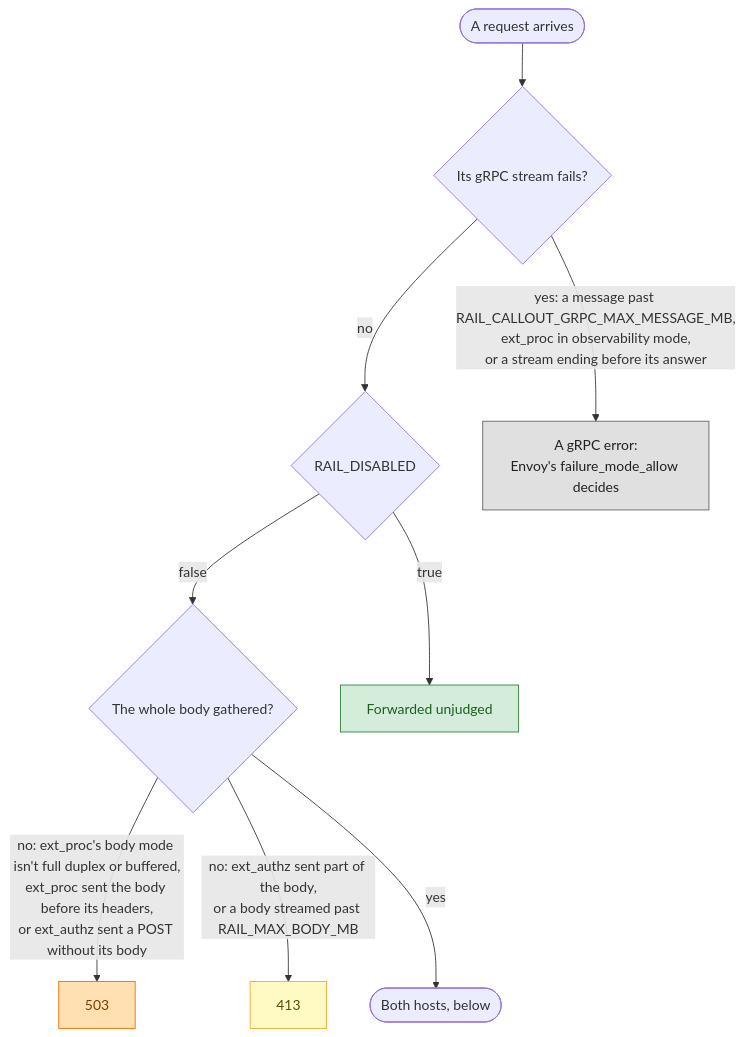
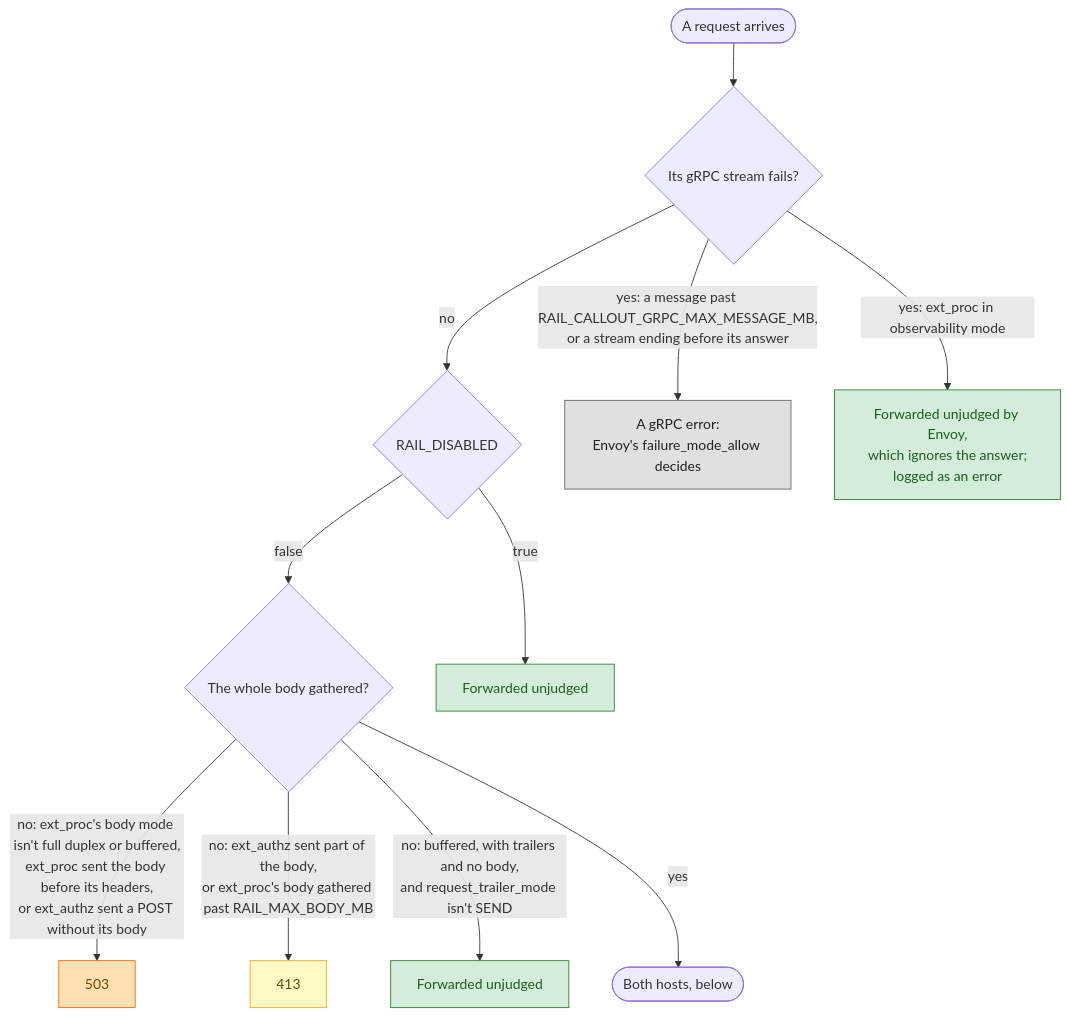
The first of 4 diagrams in GATEWAY.md (datrail/railguard), drawn with Mermaid before and after one commit. The commit also changed other lines of this file, not shown here.

Commit message:
DR-285: GATEWAY.md's review: Envoy's two unjudged paths, the observe fallbacks, and the slot wait

````diff
--- a/GATEWAY.md
+++ b/GATEWAY.md
@@ -12,27 +12,31 @@
 ```mermaid
 flowchart TD
   arrive([A request arrives])
   grpc{"Its gRPC stream fails?"}
   disabled{RAIL_DISABLED}
   whole{"The whole body gathered?"}
   both([Both hosts, below])
   e1["A gRPC error:<br>Envoy's failure_mode_allow decides"]:::grpcError
+  e2["Forwarded unjudged by Envoy,<br>which ignores the answer;<br>logged as an error"]:::forwarded
   f1[Forwarded unjudged]:::forwarded
+  f2[Forwarded unjudged]:::forwarded
   r1[503]:::cannotApply
   r2[413]:::tooLarge
 
   arrive --> grpc
-  grpc -->|"yes: a message past RAIL_CALLOUT_GRPC_MAX_MESSAGE_MB,<br>ext_proc in observability mode,<br>or a stream ending before its answer"| e1
+  grpc -->|"yes: a message past RAIL_CALLOUT_GRPC_MAX_MESSAGE_MB,<br>or a stream ending before its answer"| e1
+  grpc -->|"yes: ext_proc in observability mode"| e2
   grpc -->|no| disabled
   disabled -->|true| f1
   disabled -->|false| whole
   whole -->|"no: ext_proc's body mode isn't full duplex or buffered,<br>ext_proc sent the body before its headers,<br>or ext_authz sent a POST without its body"| r1
-  whole -->|"no: ext_authz sent part of the body,<br>or a body streamed past RAIL_MAX_BODY_MB"| r2
+  whole -->|"no: ext_authz sent part of the body,<br>or ext_proc's body gathered past RAIL_MAX_BODY_MB"| r2
+  whole -->|"no: buffered, with trailers and no body,<br>and request_trailer_mode isn't SEND"| f2
   whole -->|yes| both
 
   classDef forwarded fill:#d4edda,stroke:#2e7d32,color:#1b5e20
   classDef denied fill:#f8d7da,stroke:#c62828,color:#7f0000
   classDef cannotApply fill:#ffe0b2,stroke:#ef6c00,color:#7a3e00
   classDef tooLarge fill:#fff9c4,stroke:#f9a825,color:#5d4a00
   classDef grpcError fill:#e0e0e0,stroke:#616161,color:#212121
 ```
````
